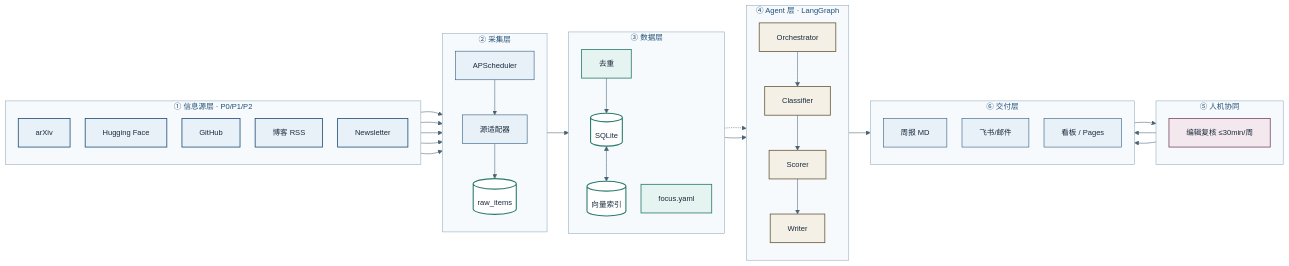
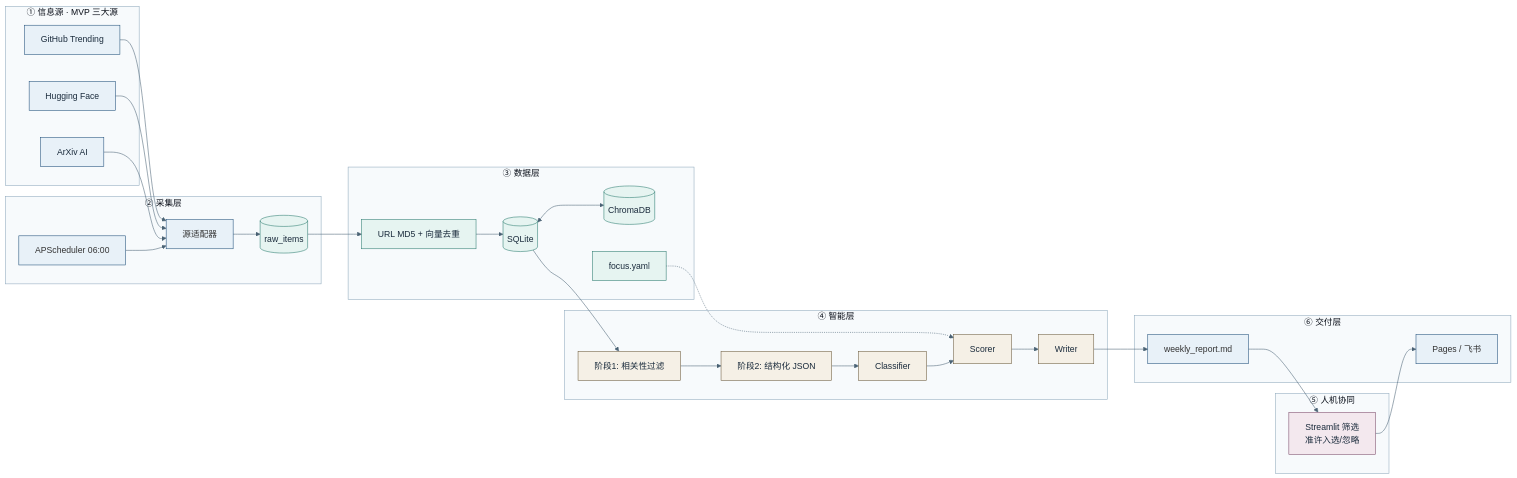
Before and after one commit to FBB123571/AI-Tech-Intelligence-Radar: the first of 2 diagrams in docs/report.md, drawn with Mermaid. The commit also changed other lines of this file and 5 other files, not shown here.

Commit message:
docs: merge reference MVP report content (FastAPI, modules, roadmap, PoC)

````diff
--- a/docs/report.md
+++ b/docs/report.md
@@ -93,79 +106,50 @@
 ```mermaid
-%%{init: {
-  "theme": "base",
-  "themeVariables": {
-    "fontFamily": "Segoe UI, Helvetica Neue, Arial, sans-serif",
-    "fontSize": "14px",
-    "primaryColor": "#E8F1F8",
-    "primaryTextColor": "#1A2B3C",
-    "primaryBorderColor": "#1F4E79",
-    "secondaryColor": "#E6F4F1",
-    "secondaryBorderColor": "#2A7B6E",
-    "tertiaryColor": "#F5F0E6",
-    "tertiaryBorderColor": "#6B5B3E",
-    "lineColor": "#4A6274",
-    "clusterBkg": "#F7FAFC",
-    "clusterBorder": "#8FA9BC",
-    "titleColor": "#1F4E79"
-  },
-  "flowchart": { "curve": "basis", "padding": 16, "nodeSpacing": 28, "rankSpacing": 40 }
-}}%%
+%%{init: {"theme":"base","themeVariables":{"primaryColor":"#E8F1F8","primaryBorderColor":"#1F4E79","secondaryColor":"#E6F4F1","secondaryBorderColor":"#2A7B6E","tertiaryColor":"#F5F0E6","tertiaryBorderColor":"#6B5B3E","lineColor":"#4A6274","clusterBkg":"#F7FAFC","clusterBorder":"#8FA9BC","fontFamily":"Segoe UI, sans-serif"}}}%%
 flowchart LR
-    subgraph L1["① 信息源层 · P0/P1/P2"]
-        direction TB
-        S1["arXiv"]
+    subgraph L1["① 信息源 · MVP 三大源"]
+        S1["GitHub Trending"]
         S2["Hugging Face"]
-        S3["GitHub"]
-        S4["博客 RSS"]
-        S5["Newsletter"]
+        S3["ArXiv AI"]
     end
     subgraph L2["② 采集层"]
-        direction TB
-        SCH["APScheduler"]
+        SCH["APScheduler 06:00"]
         ADP["源适配器"]
         RAW[("raw_items")]
     end
     subgraph L3["③ 数据层"]
-        direction TB
-        DED["去重"]
+        DED["URL MD5 + 向量去重"]
         DB[("SQLite")]
-        VEC[("向量索引")]
+        VEC[("ChromaDB")]
         CFG["focus.yaml"]
     end
-    subgraph L4["④ Agent 层 · LangGraph"]
-        direction TB
-        ORC["Orchestrator"]
+    subgraph L4["④ 智能层"]
+        F1["阶段1: 相关性过滤"]
+        F2["阶段2: 结构化 JSON"]
         CLS["Classifier"]
         SCR["Scorer"]
         WRT["Writer"]
-        ORC --> CLS --> SCR --> WRT
     end
     subgraph L5["⑤ 人机协同"]
-        direction TB
-        ED["编辑复核 ≤30min/周"]
+        ED["Streamlit 筛选<br/>准许入选/忽略"]
     end
     subgraph L6["⑥ 交付层"]
-        direction TB
-        RPT["周报 MD"]
-        PUSH["飞书/邮件"]
-        WEB["看板 / Pages"]
+        RPT["weekly_report.md"]
+        WEB["Pages / 飞书"]
     end
-    S1 & S2 & S3 & S4 & S5 --> ADP
+    S1 & S2 & S3 --> ADP
     SCH --> ADP --> RAW --> DED --> DB
     DB <--> VEC
     CFG -.-> SCR
-    DB --> ORC
-    WRT --> RPT --> ED --> PUSH
-    ED --> WEB
+    DB --> F1 --> F2
+    F2 --> CLS --> SCR --> WRT --> RPT --> ED --> WEB
 
-    classDef layerSource fill:#E8F1F8,stroke:#1F4E79,stroke-width:1.5px,color:#1A2B3C
-    classDef layerData fill:#E6F4F1,stroke:#2A7B6E,stroke-width:1.5px,color:#1A2B3C
-    classDef layerAgent fill:#F5F0E6,stroke:#6B5B3E,stroke-width:1.5px,color:#1A2B3C
-    classDef layerHuman fill:#F3E8EE,stroke:#7B4B6A,stroke-width:1.5px,color:#1A2B3C
-    classDef store fill:#FFFFFF,stroke:#2A7B6E,stroke-width:2px,color:#1A2B3C
-    class S1,S2,S3,S4,S5 layerSource
+    classDef layerSource fill:#E8F1F8,stroke:#1F4E79,color:#1A2B3C
+    classDef layerData fill:#E6F4F1,stroke:#2A7B6E,color:#1A2B3C
+    classDef layerAgent fill:#F5F0E6,stroke:#6B5B3E,color:#1A2B3C
+    classDef layerHuman fill:#F3E8EE,stroke:#7B4B6A,color:#1A2B3C
+    class S1,S2,S3 layerSource
     class DED,CFG layerData
-    class RAW,DB,VEC store
-    class ORC,CLS,SCR,WRT layerAgent
+    class RAW,DB,VEC layerData
+    class F1,F2,CLS,SCR,WRT layerAgent
     class ED layerHuman
 ```
````
